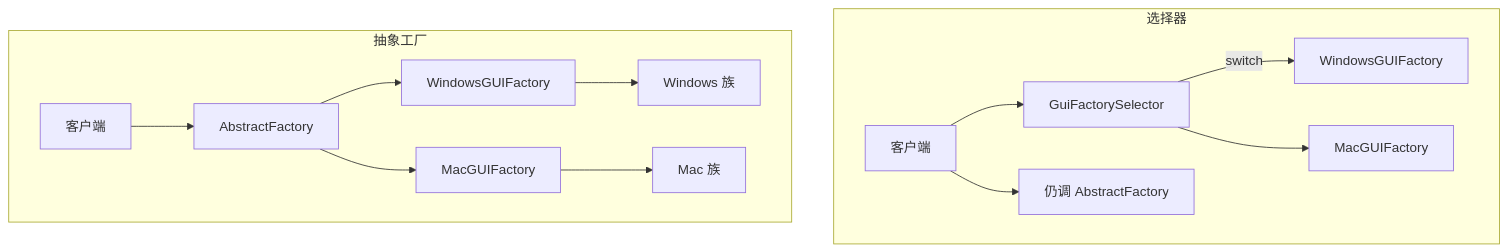
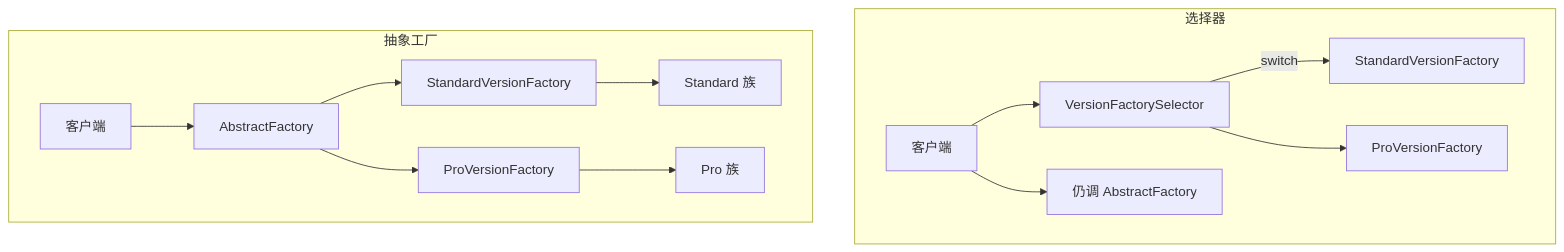
Before and after one commit to zackdlut/design_pattern: the eighth of 9 diagrams in docs/creational/abstract_factory.md, drawn with Mermaid. The commit also changed other lines of this file and 12 other files, not shown here.

````diff
--- a/docs/creational/abstract_factory.md
+++ b/docs/creational/abstract_factory.md
@@ -306,16 +306,16 @@
 ```mermaid
 flowchart TB
   subgraph 选择器
-    SEL[GuiFactorySelector] -->|switch| W[WindowsGUIFactory]
-    SEL --> M[MacGUIFactory]
+    SEL[VersionFactorySelector] -->|switch| W[StandardVersionFactory]
+    SEL --> M[ProVersionFactory]
     Client1[客户端] --> SEL
     Client1 --> Use1[仍调 AbstractFactory]
   end
   subgraph 抽象工厂
-    WF[WindowsGUIFactory] --> WB[Windows 族]
-    MF[MacGUIFactory] --> MB[Mac 族]
+    WF[StandardVersionFactory] --> WB[Standard 族]
+    MF[ProVersionFactory] --> MB[Pro 族]
     Client2[客户端] --> AF[AbstractFactory]
     AF --> WF
     AF --> MF
   end
 ```
````
